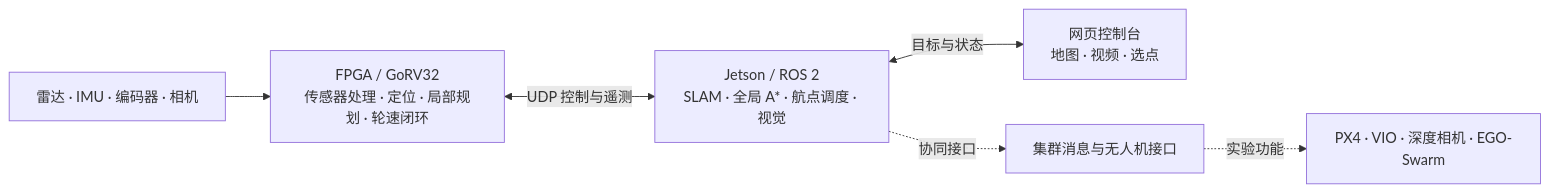
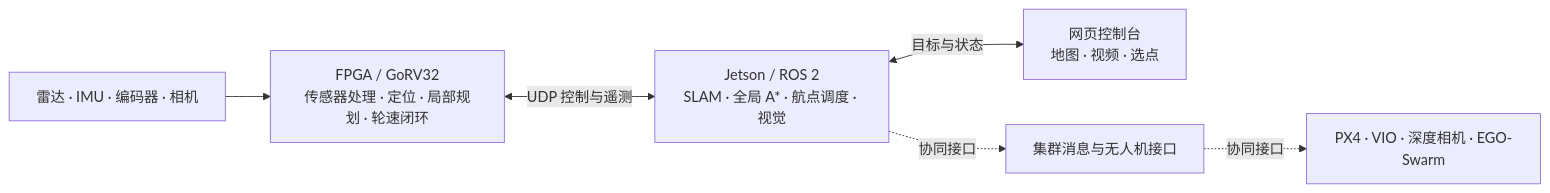
The diagram in README.md (FPGAGowin2026/FPGAGowin2026), drawn with Mermaid before and after one commit. The commit also changed other lines of this file and 9 other files, not shown here.

````diff
--- a/README.md
+++ b/README.md
@@ -9,8 +9,8 @@
 ```mermaid
 flowchart LR
     Sensors[雷达 · IMU · 编码器 · 相机] --> FPGA["FPGA / GoRV32<br/>传感器处理 · 定位 · 局部规划 · 轮速闭环"]
     FPGA <-->|UDP 控制与遥测| Jetson["Jetson / ROS 2<br/>SLAM · 全局 A* · 航点调度 · 视觉"]
     Jetson <-->|目标与状态| Web["网页控制台<br/>地图 · 视频 · 选点"]
     Jetson -. 协同接口 .-> Swarm[集群消息与无人机接口]
-    Swarm -. 实验功能 .-> UAV[PX4 · VIO · 深度相机 · EGO-Swarm]
+    Swarm -. 协同接口 .-> UAV[PX4 · VIO · 深度相机 · EGO-Swarm]
 ```
````
